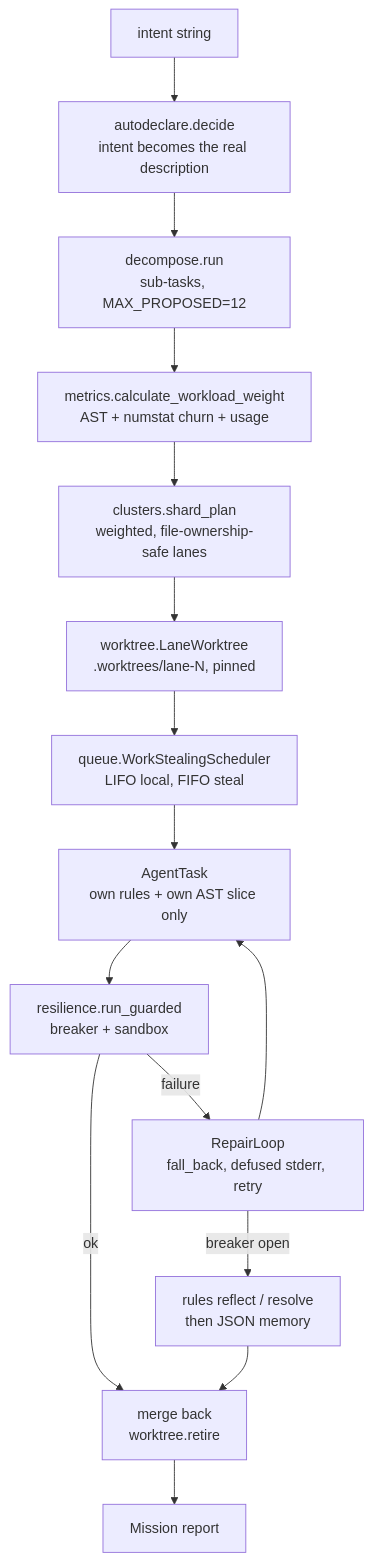
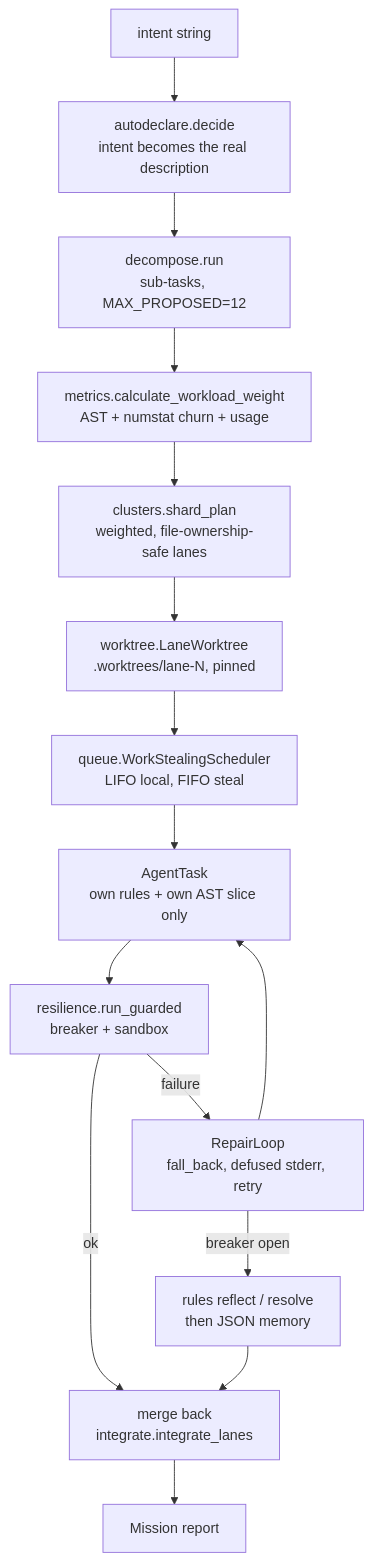
One commit to hanifridho62-rgb/mindhive changed the first of 2 diagrams in docs/plans/2026-09-01-001-feat-lintester-orchestrator-full-prd-plan.md. Above: the diagram before and after it, drawn with Mermaid. The commit also changed other lines of this file and 13 other files, not shown here.

````diff
--- a/docs/plans/2026-09-01-001-feat-lintester-orchestrator-full-prd-plan.md
+++ b/docs/plans/2026-09-01-001-feat-lintester-orchestrator-full-prd-plan.md
@@ -130,17 +130,17 @@
 ```mermaid
 flowchart TD
     I["intent string"] --> AD["autodeclare.decide<br/>intent becomes the real description"]
     AD --> DC["decompose.run<br/>sub-tasks, MAX_PROPOSED=12"]
     DC --> MT["metrics.calculate_workload_weight<br/>AST + numstat churn + usage"]
     MT --> SP["clusters.shard_plan<br/>weighted, file-ownership-safe lanes"]
     SP --> WT["worktree.LaneWorktree<br/>.worktrees/lane-N, pinned"]
     WT --> Q["queue.WorkStealingScheduler<br/>LIFO local, FIFO steal"]
     Q --> AT["AgentTask<br/>own rules + own AST slice only"]
     AT --> RS["resilience.run_guarded<br/>breaker + sandbox"]
     RS -->|failure| RL["RepairLoop<br/>fall_back, defused stderr, retry"]
     RL --> AT
-    RS -->|ok| MB["merge back<br/>worktree.retire"]
+    RS -->|ok| MB["merge back<br/>integrate.integrate_lanes"]
     RL -->|breaker open| RR["rules reflect / resolve<br/>then JSON memory"]
     RR --> MB
     MB --> M["Mission report"]
 ```
````
